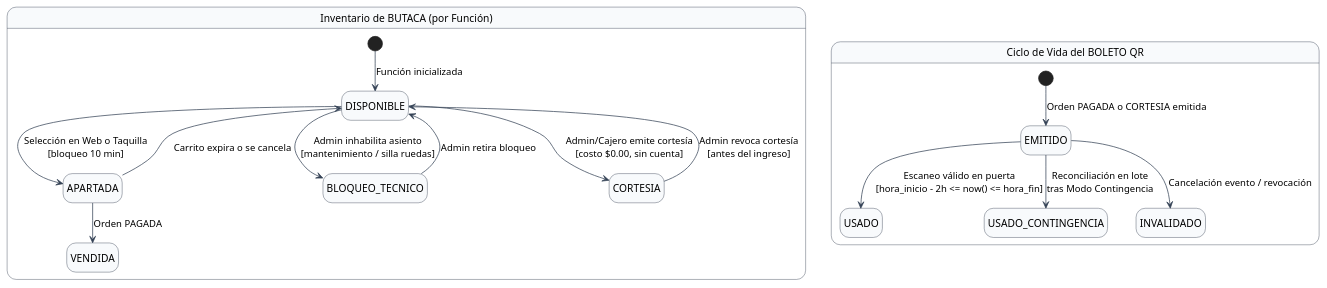
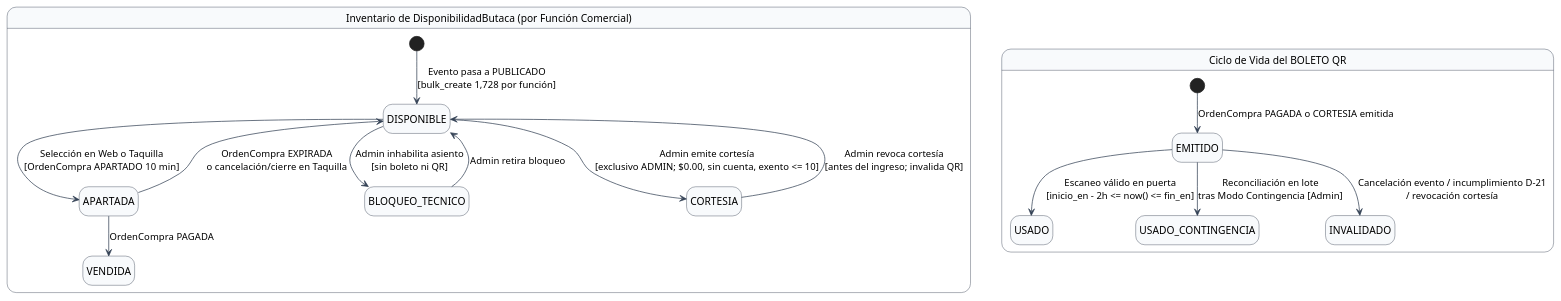
The diagram in docs/maquinas-de-estado/me04-butaca-qr.puml (AntonioVargas97/Teatro), drawn with PlantUML before and after one commit. The commit also changed 4 other files, not shown here.

Commit message:
docs(state-machines): sync diagrams and spec with truth docs

```diff
--- a/docs/maquinas-de-estado/me04-butaca-qr.puml
+++ b/docs/maquinas-de-estado/me04-butaca-qr.puml
@@ -1,28 +1,30 @@
 @startuml ME04_Butaca_QR
 hide empty description
 skinparam state {
   BackgroundColor #F8FAFC
   BorderColor #1E293B
   ArrowColor #334155
 }
 
-state "Inventario de BUTACA (por Función)" as But {
-  [*] --> DISPONIBLE : Función inicializada
-  DISPONIBLE --> APARTADA : Selección en Web o Taquilla\n[bloqueo 10 min]
-  APARTADA --> DISPONIBLE : Carrito expira o se cancela
-  APARTADA --> VENDIDA : Orden PAGADA
+state "Inventario de DisponibilidadButaca (por Función Comercial)" as But {
+  [*] --> DISPONIBLE : Evento pasa a PUBLICADO\n[bulk_create 1,728 por función]
+  DISPONIBLE --> APARTADA : Selección en Web o Taquilla\n[OrdenCompra APARTADO 10 min]
+  APARTADA --> DISPONIBLE : OrdenCompra EXPIRADA\no cancelación/cierre en Taquilla
+  APARTADA --> VENDIDA : OrdenCompra PAGADA
 
-  DISPONIBLE --> BLOQUEO_TECNICO : Admin inhabilita asiento\n[mantenimiento / silla ruedas]
+  DISPONIBLE --> BLOQUEO_TECNICO : Admin inhabilita asiento\n[sin boleto ni QR]
   BLOQUEO_TECNICO --> DISPONIBLE : Admin retira bloqueo
 
-  DISPONIBLE --> CORTESIA : Admin/Cajero emite cortesía\n[costo $0.00, sin cuenta]
-  CORTESIA --> DISPONIBLE : Admin revoca cortesía\n[antes del ingreso]
+  DISPONIBLE --> CORTESIA : Admin emite cortesía\n[exclusivo ADMIN; $0.00, sin cuenta, exento <= 10]
+  CORTESIA --> DISPONIBLE : Admin revoca cortesía\n[antes del ingreso; invalida QR]
 }
 
+--
+
 state "Ciclo de Vida del BOLETO QR" as QR {
-  [*] --> EMITIDO : Orden PAGADA o CORTESIA emitida
-  EMITIDO --> USADO : Escaneo válido en puerta\n[hora_inicio - 2h <= now() <= hora_fin]
-  EMITIDO --> USADO_CONTINGENCIA : Reconciliación en lote\ntras Modo Contingencia
-  EMITIDO --> INVALIDADO : Cancelación evento / revocación
+  [*] --> EMITIDO : OrdenCompra PAGADA o CORTESIA emitida
+  EMITIDO --> USADO : Escaneo válido en puerta\n[inicio_en - 2h <= now() <= fin_en]
+  EMITIDO --> USADO_CONTINGENCIA : Reconciliación en lote\ntras Modo Contingencia [Admin]
+  EMITIDO --> INVALIDADO : Cancelación evento / incumplimiento D-21\n/ revocación cortesía
 }
 @enduml
```
